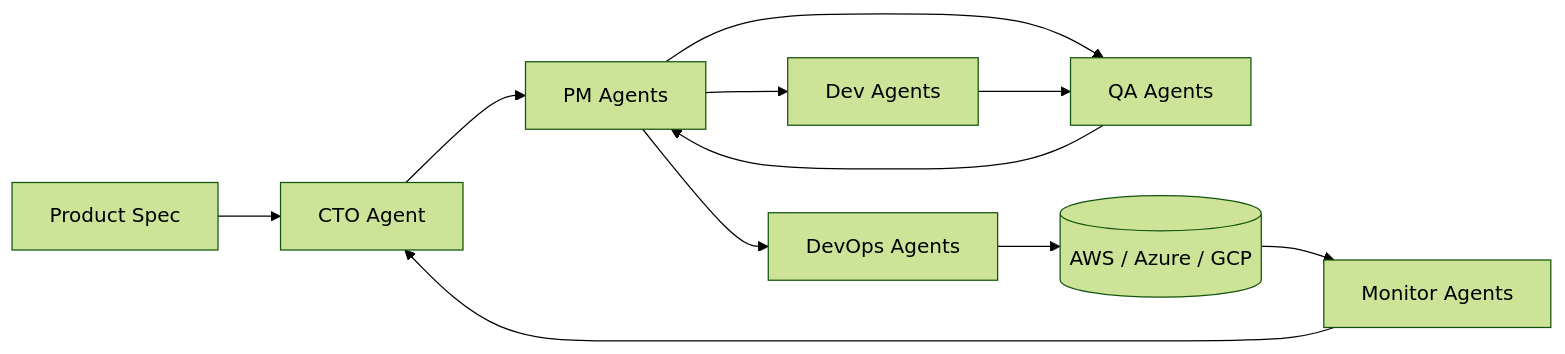
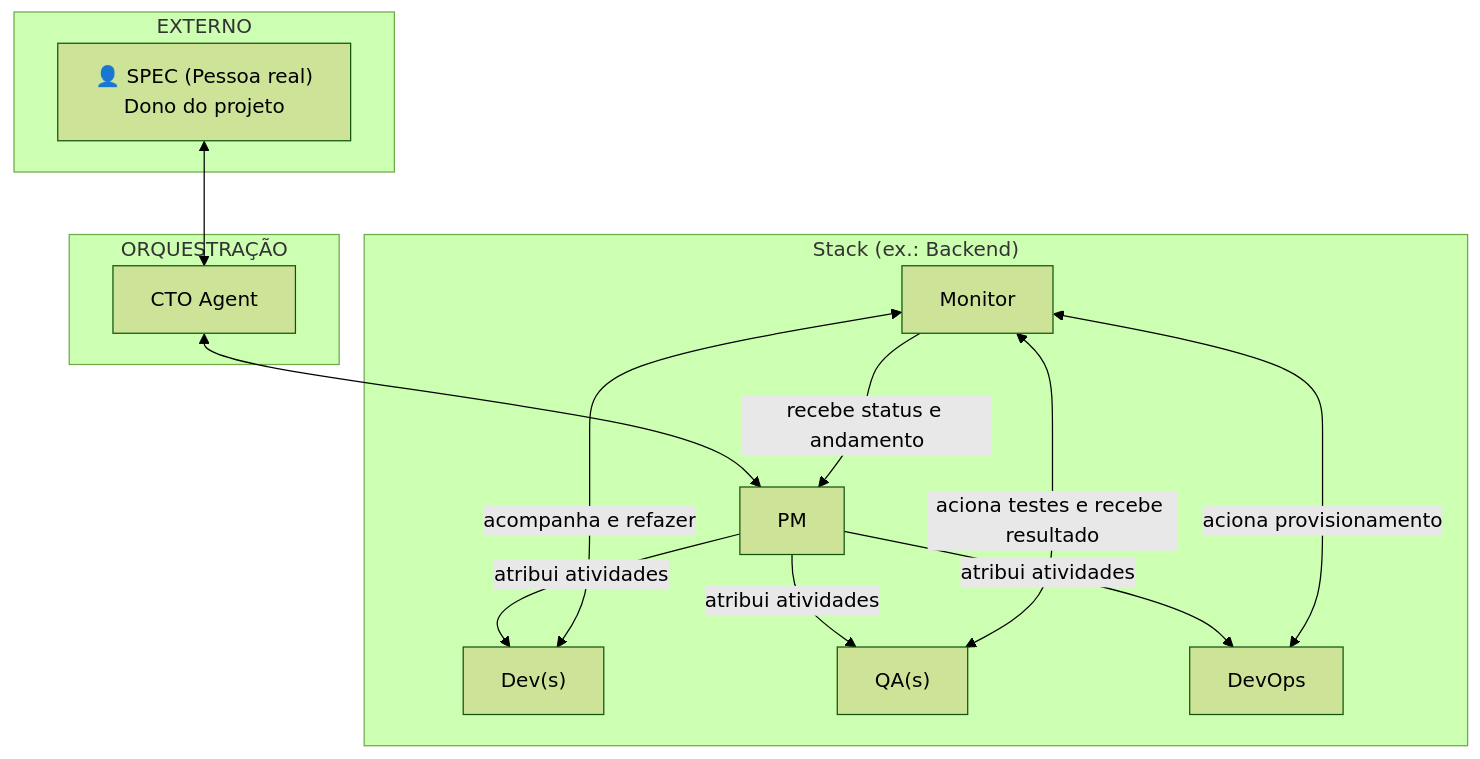
Before and after one commit to zentriztech/zentriz-genesis: the first of 5 diagrams in ARCHITECTURE_DIAGRAM.md, drawn with Mermaid (forest theme). The commit also changed other lines of this file and 62 other files, not shown here.

````diff
--- a/ARCHITECTURE_DIAGRAM.md
+++ b/ARCHITECTURE_DIAGRAM.md
@@ -7,24 +12,29 @@
 ```mermaid
-flowchart LR
-    SPEC[Product Spec]
-    CTO[CTO Agent]
-    PM[PM Agents]
-    DEV[Dev Agents]
-    QA[QA Agents]
-    DEVOPS[DevOps Agents]
-    MON[Monitor Agents]
-    CLOUD[(AWS / Azure / GCP)]
+flowchart TB
+    subgraph EXTERNO
+        SPEC["👤 SPEC (Pessoa real)<br/>Dono do projeto"]
+    end
 
-    SPEC --> CTO
-    CTO --> PM
-    PM --> DEV
-    PM --> QA
-    PM --> DEVOPS
+    subgraph ORQUESTRAÇÃO
+        CTO["CTO Agent"]
+    end
 
-    DEV --> QA
-    QA --> PM
+    subgraph STACK["Stack (ex.: Backend)"]
+        PM["PM"]
+        DEV["Dev(s)"]
+        QA["QA(s)"]
+        MON["Monitor"]
+        DEVOPS["DevOps"]
+    end
 
-    DEVOPS --> CLOUD
-    CLOUD --> MON
-    MON --> CTO
+    SPEC <--> CTO
+    CTO <--> PM
+    PM -->|atribui atividades| DEV
+    PM -->|atribui atividades| QA
+    PM -->|atribui atividades| DEVOPS
+    MON -->|recebe status e andamento| PM
+
+    MON <-->|acompanha e refazer| DEV
+    MON <-->|aciona testes e recebe resultado| QA
+    MON <-->|aciona provisionamento| DEVOPS
 ```
````
